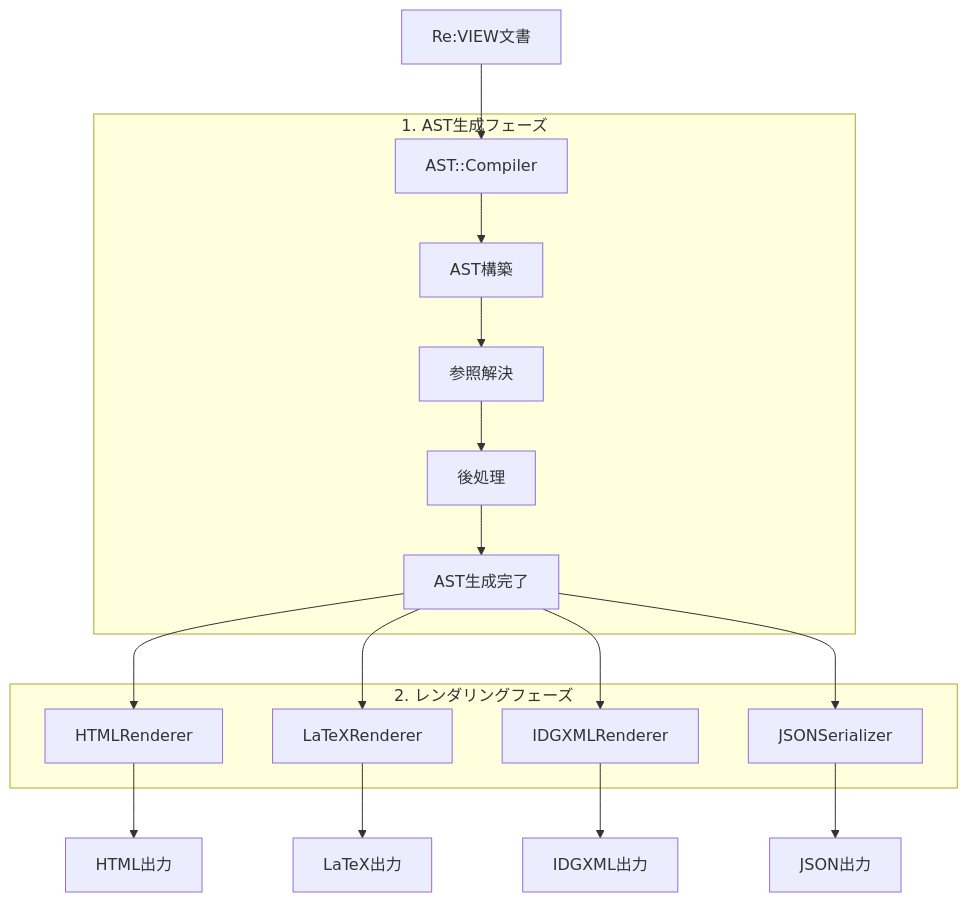
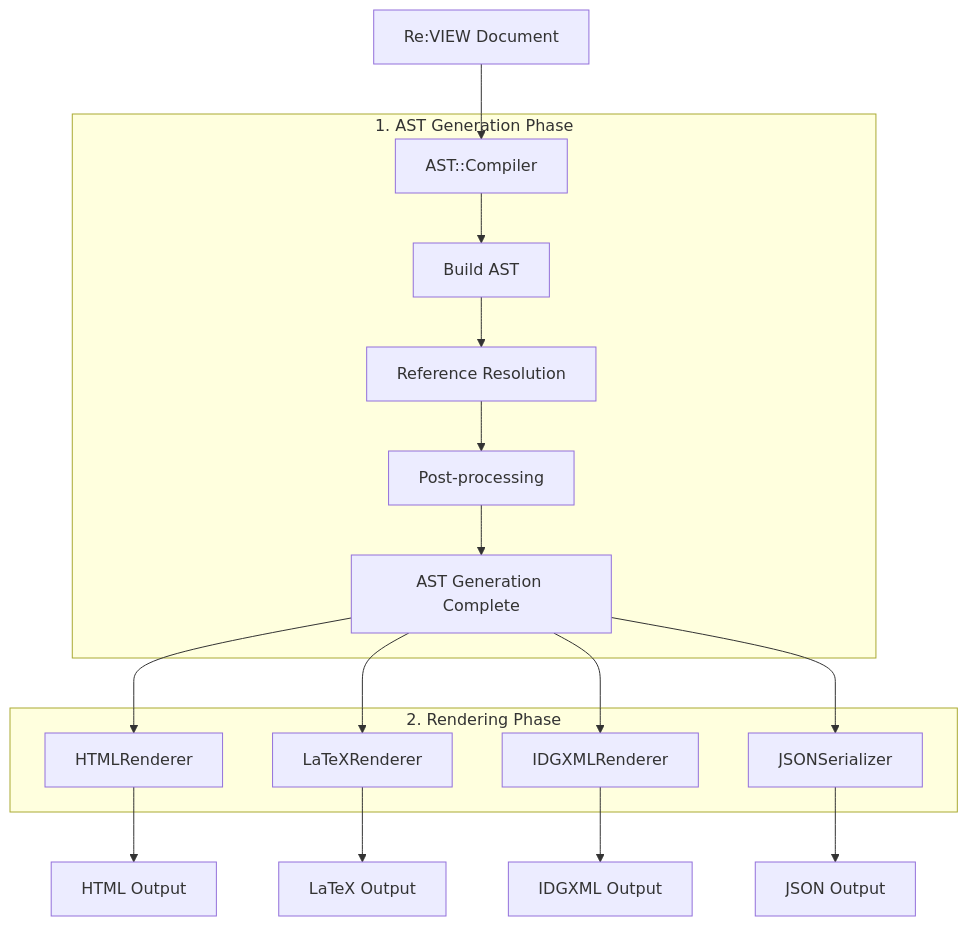
One commit to kmuto/review changed the third of 5 diagrams in doc/ast.md. Above: the diagram before and after it, drawn with Mermaid. The commit also changed other lines of this file and 9 other files, not shown here.

````diff
--- a/doc/ast.md
+++ b/doc/ast.md
@@ -75,33 +75,33 @@
 ```mermaid
 flowchart TB
-    A[Re:VIEW文書] --> B[AST::Compiler]
-    B --> C[AST構築]
-    C --> D[参照解決]
-    D --> E[後処理]
-    E --> F[AST生成完了]
+    A[Re:VIEW Document] --> B[AST::Compiler]
+    B --> C[Build AST]
+    C --> D[Reference Resolution]
+    D --> E[Post-processing]
+    E --> F[AST Generation Complete]
 
     F --> G[HTMLRenderer]
     F --> H[LaTeXRenderer]
     F --> I[IDGXMLRenderer]
     F --> J[JSONSerializer]
 
-    G --> K[HTML出力]
-    H --> L[LaTeX出力]
-    I --> M[IDGXML出力]
-    J --> N[JSON出力]
+    G --> K[HTML Output]
+    H --> L[LaTeX Output]
+    I --> M[IDGXML Output]
+    J --> N[JSON Output]
 
-    subgraph "1. AST生成フェーズ"
+    subgraph "1. AST Generation Phase"
         B
         C
         D
         E
         F
     end
 
-    subgraph "2. レンダリングフェーズ"
+    subgraph "2. Rendering Phase"
         G
         H
         I
         J
     end
 ```
````
